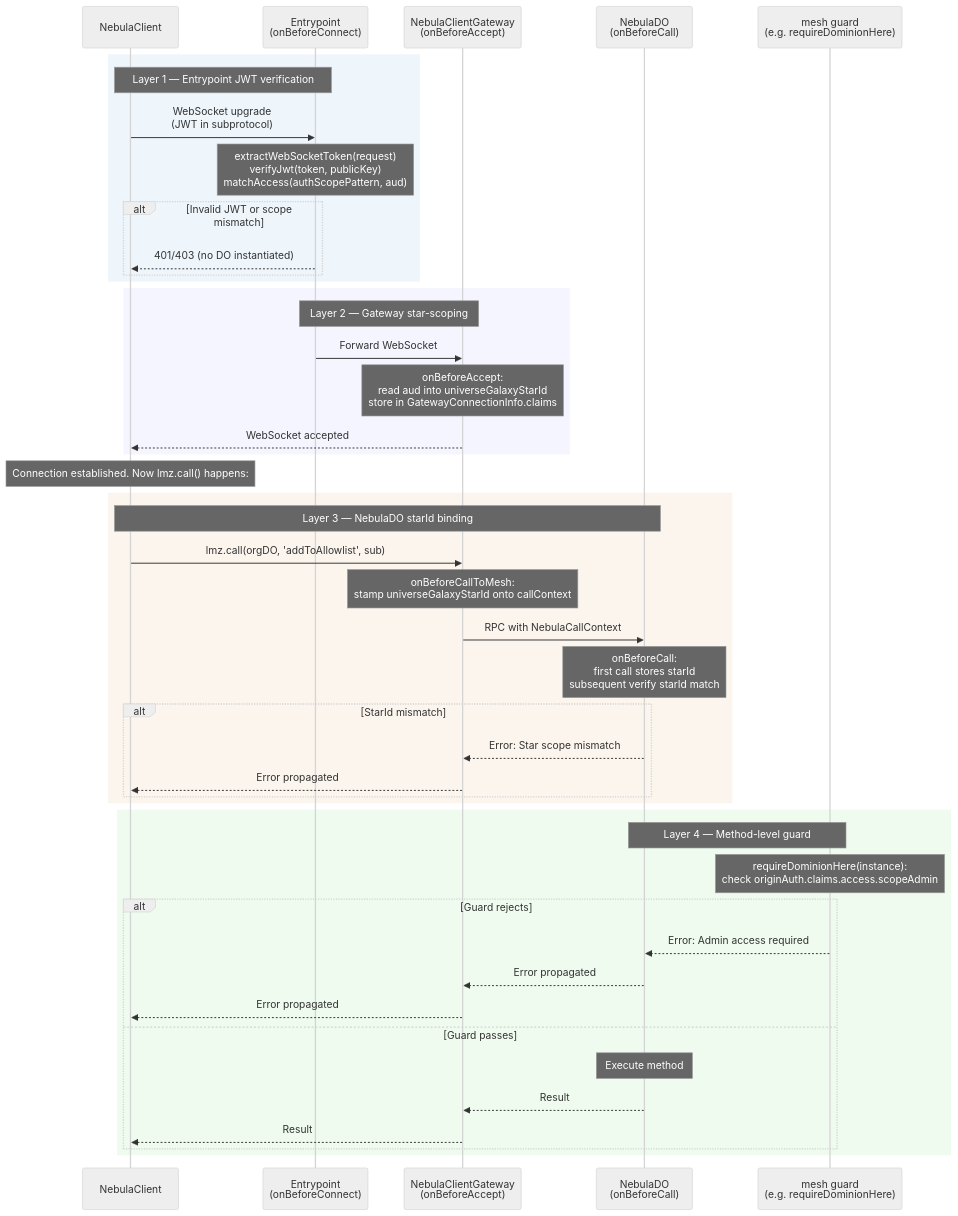
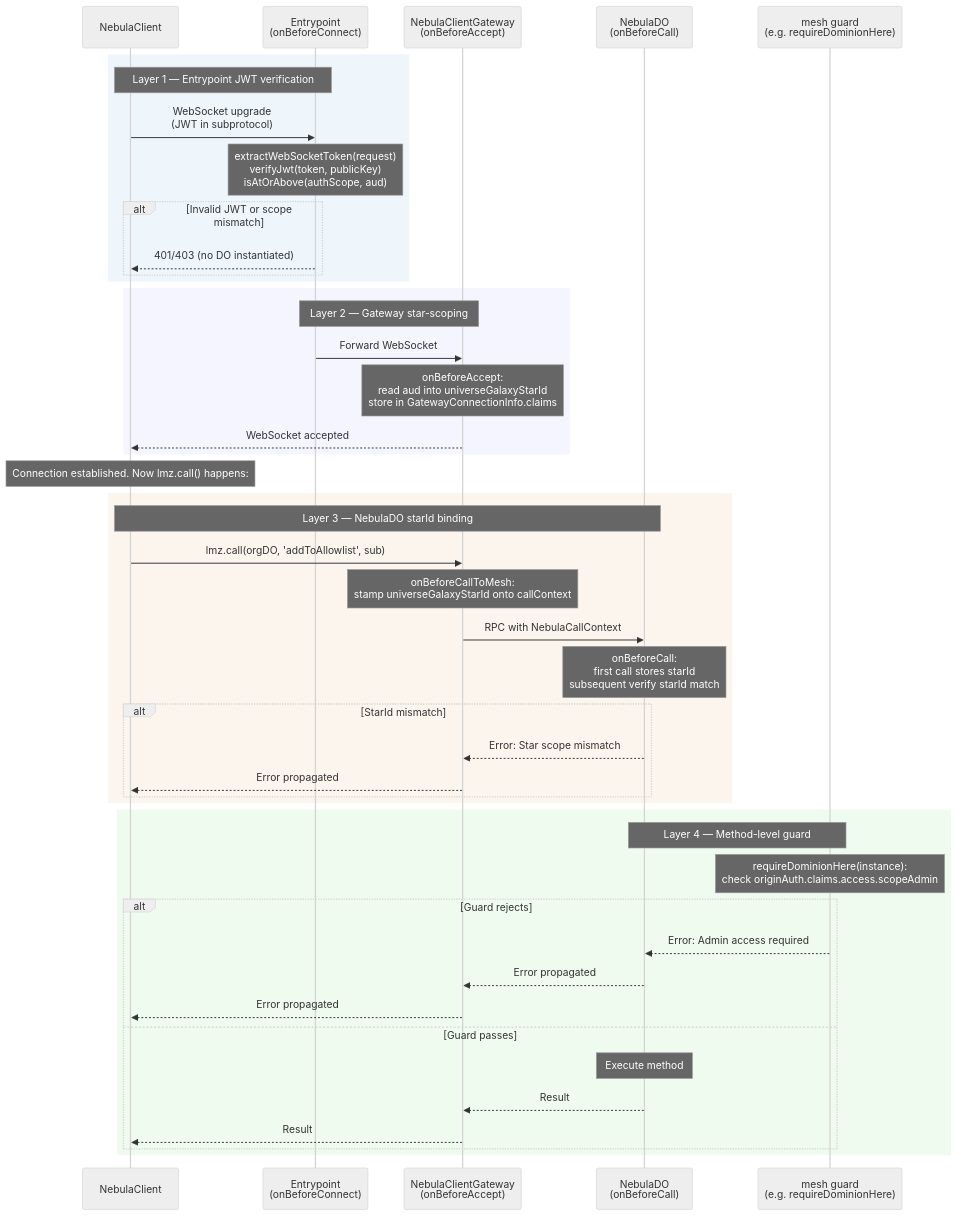
Before and after one commit to lumenize/lumenize: the fifth of 6 diagrams in website/docs/nebula/auth-flows.md, drawn with Mermaid (neutral theme). The commit also changed other lines of this file and 19 other files, not shown here.

````diff
--- a/website/docs/nebula/auth-flows.md
+++ b/website/docs/nebula/auth-flows.md
@@ -257,52 +257,52 @@
 ```mermaid
 sequenceDiagram
     participant C as NebulaClient
     participant EP as Entrypoint<br/>(onBeforeConnect)
     participant GW as NebulaClientGateway<br/>(onBeforeAccept)
     participant DO as NebulaDO<br/>(onBeforeCall)
     participant M as mesh guard<br/>(e.g. requireDominionHere)
 
     rect rgba(200, 220, 240, 0.3)
         Note over C,EP: Layer 1 — Entrypoint JWT verification
         C->>EP: WebSocket upgrade<br/>(JWT in subprotocol)
-        Note over EP: extractWebSocketToken(request)<br/>verifyJwt(token, publicKey)<br/>matchAccess(authScopePattern, aud)
+        Note over EP: extractWebSocketToken(request)<br/>verifyJwt(token, publicKey)<br/>isAtOrAbove(authScope, aud)
         alt Invalid JWT or scope mismatch
             EP-->>C: 401/403 (no DO instantiated)
         end
     end
 
     rect rgba(220, 220, 255, 0.3)
         Note over EP,GW: Layer 2 — Gateway star-scoping
         EP->>GW: Forward WebSocket
         Note over GW: onBeforeAccept:<br/>read aud into universeGalaxyStarId<br/>store in GatewayConnectionInfo.claims
         GW-->>C: WebSocket accepted
     end
 
     Note over C: Connection established. Now lmz.call() happens:
 
     rect rgba(240, 220, 200, 0.3)
         Note over C,DO: Layer 3 — NebulaDO starId binding
         C->>GW: lmz.call(orgDO, 'addToAllowlist', sub)
         Note over GW: onBeforeCallToMesh:<br/>stamp universeGalaxyStarId onto callContext
         GW->>DO: RPC with NebulaCallContext
         Note over DO: onBeforeCall:<br/>first call stores starId<br/>subsequent verify starId match
         alt StarId mismatch
             DO-->>GW: Error: Star scope mismatch
             GW-->>C: Error propagated
         end
     end
 
     rect rgba(200, 240, 200, 0.3)
         Note over DO,M: Layer 4 — Method-level guard
         Note over M: requireDominionHere(instance):<br/>check originAuth.claims.access.scopeAdmin
         alt Guard rejects
             M-->>DO: Error: Admin access required
             DO-->>GW: Error propagated
             GW-->>C: Error propagated
         else Guard passes
             Note over DO: Execute method
             DO-->>GW: Result
             GW-->>C: Result
         end
     end
 ```
````
